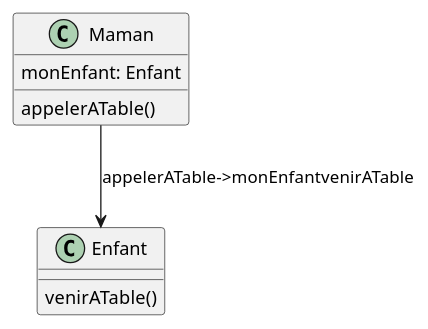
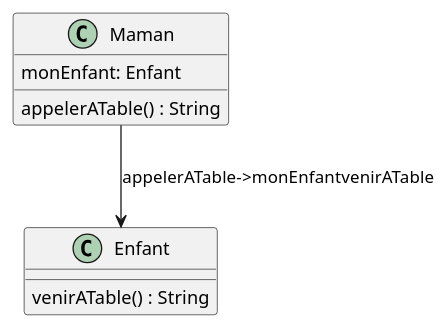
The diagram in src/uml/command.puml (jandry/design-pattern), drawn with PlantUML before and after one commit. The commit also changed 3 other files, not shown here.

```diff
--- a/src/uml/command.puml
+++ b/src/uml/command.puml
@@ -1,14 +1,14 @@
 @startuml Command
 
 class Maman {
     monEnfant: Enfant
-    appelerATable()
+    appelerATable() : String
 }
 
 class Enfant {
-    venirATable()
+    venirATable() : String
 }
 
 Maman --> Enfant: appelerATable->monEnfantvenirATable
 
 @enduml
```
